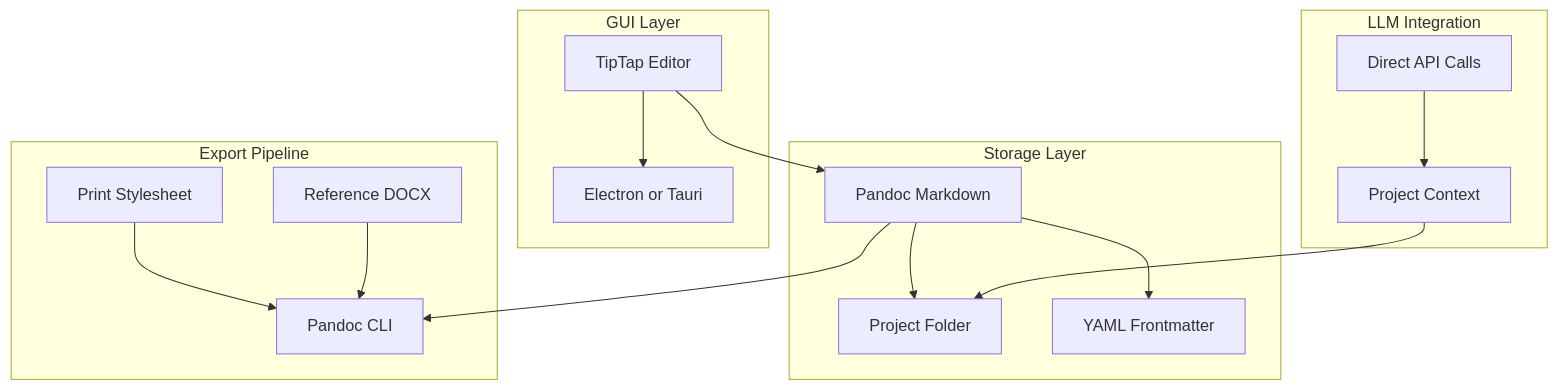
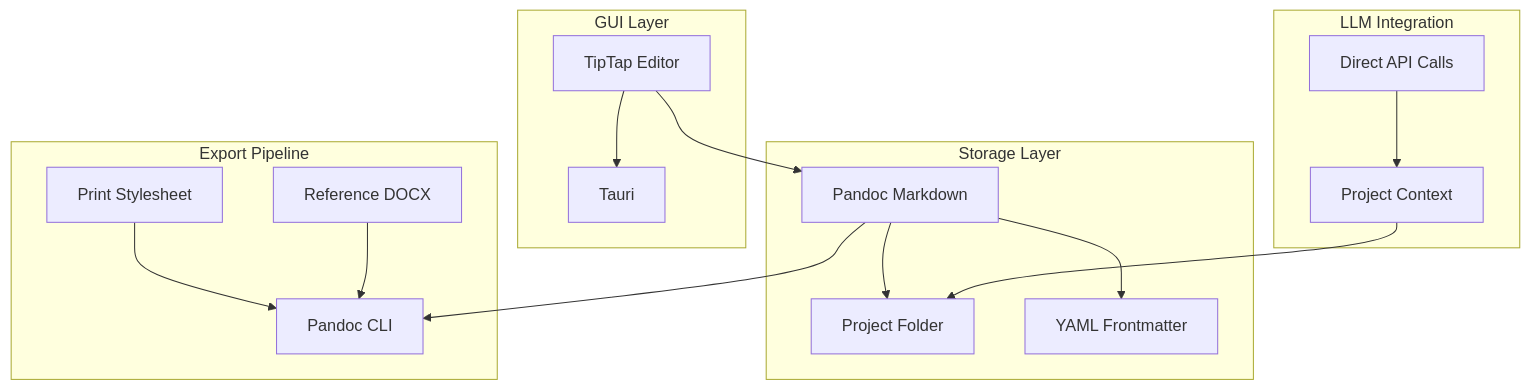
One commit to Duds/doc-forge changed the diagram in docs/architectural/hla.md. Above: the diagram before and after it, drawn with Mermaid. The commit also changed other lines of this file and 14 other files, not shown here.

````diff
--- a/docs/architectural/hla.md
+++ b/docs/architectural/hla.md
@@ -21,34 +25,34 @@
 ```mermaid
 flowchart TB
     subgraph GUI [GUI Layer]
         Editor[TipTap Editor]
-        Wrapper[Electron or Tauri]
+        Wrapper[Tauri]
     end
     
     subgraph Storage [Storage Layer]
         Project[Project Folder]
         MD[Pandoc Markdown]
         YAML[YAML Frontmatter]
     end
     
     subgraph Export [Export Pipeline]
         Pandoc[Pandoc CLI]
         CSS[Print Stylesheet]
         RefDocx[Reference DOCX]
     end
     
     subgraph LLM [LLM Integration]
         API[Direct API Calls]
         Context[Project Context]
     end
     
     Editor --> Wrapper
     Editor --> MD
     MD --> YAML
     MD --> Project
     MD --> Pandoc
     CSS --> Pandoc
     RefDocx --> Pandoc
     API --> Context
     Context --> Project
 ```
````
